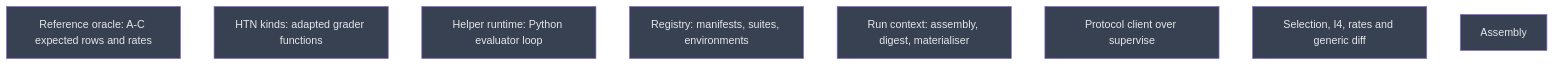
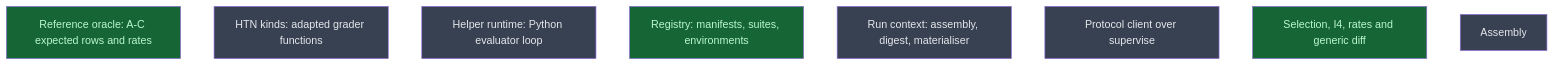
The diagram in __roadmap__/m2a-evaluation-parity/components/README.md (CrackingShells/Candler), drawn with Mermaid before and after one commit. The commit also changed other lines of this file and 6 other files, not shown here.

````diff
--- a/__roadmap__/m2a-evaluation-parity/components/README.md
+++ b/__roadmap__/m2a-evaluation-parity/components/README.md
@@ -20,16 +20,16 @@
 ```mermaid
 graph TD
-    reference_oracle[Reference oracle: A-C expected rows and rates]:::planned
+    reference_oracle[Reference oracle: A-C expected rows and rates]:::done
     htn_kinds[HTN kinds: adapted grader functions]:::planned
     helper_runtime[Helper runtime: Python evaluator loop]:::planned
-    registry[Registry: manifests, suites, environments]:::planned
+    registry[Registry: manifests, suites, environments]:::done
     run_context[Run context: assembly, digest, materialiser]:::planned
     protocol_client[Protocol client over supervise]:::planned
-    selection_rates[Selection, I4, rates and generic diff]:::planned
+    selection_rates[Selection, I4, rates and generic diff]:::done
     assembly[Assembly]:::planned
     classDef done       fill:#166534,color:#bbf7d0
     classDef inprogress fill:#854d0e,color:#fef08a
     classDef planned    fill:#374151,color:#e5e7eb
     classDef amendment  fill:#1e3a5f,color:#bfdbfe
     classDef blocked    fill:#7f1d1d,color:#fecaca
 ```
````
